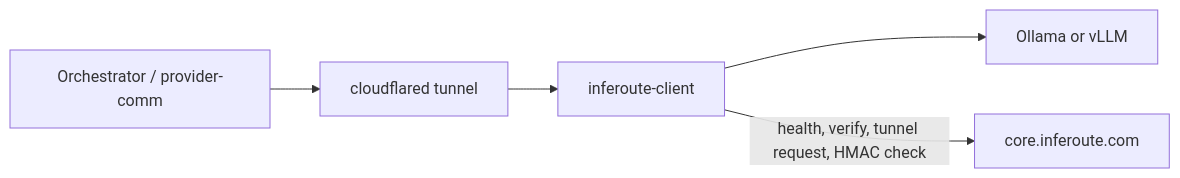
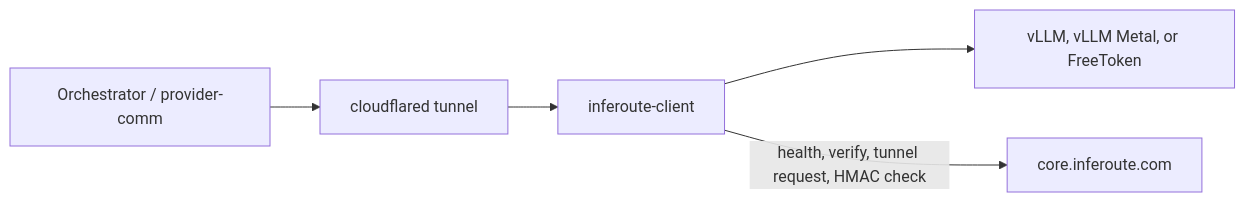
One commit to Inferoute/inferoute-client changed the diagram in documentation/technical.md. Above: the diagram before and after it, drawn with Mermaid. The commit also changed other lines of this file and 58 other files, not shown here.

First line of the commit message:
Drop Ollama so the client only runs vLLM, vLLM Metal, and FreeToken.

````diff
--- a/documentation/technical.md
+++ b/documentation/technical.md
@@ -20,11 +20,11 @@
 ```mermaid
 flowchart LR
   Orch[Orchestrator / provider-comm]
   CF[cloudflared tunnel]
   Client[inferoute-client]
-  LLM[Ollama or vLLM]
+  LLM[vLLM, vLLM Metal, or FreeToken]
   Plat[core.inferoute.com]
 
   Orch --> CF --> Client --> LLM
   Client -->|health, verify, tunnel request, HMAC check| Plat
 ```
````
